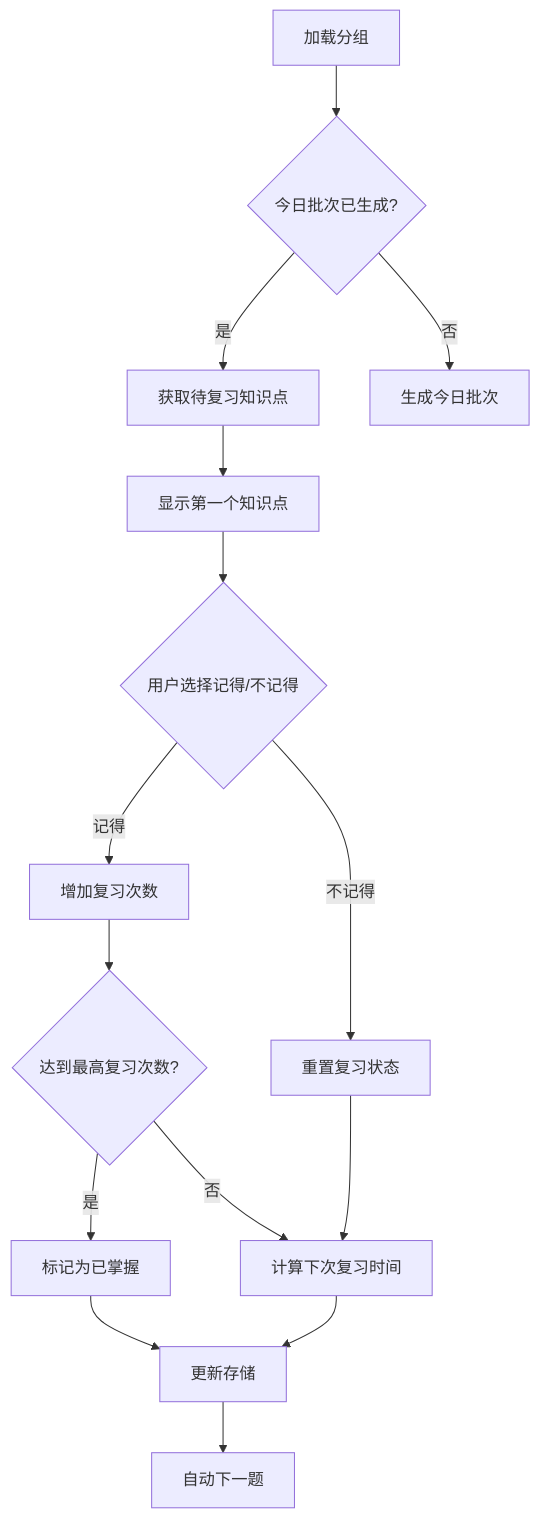
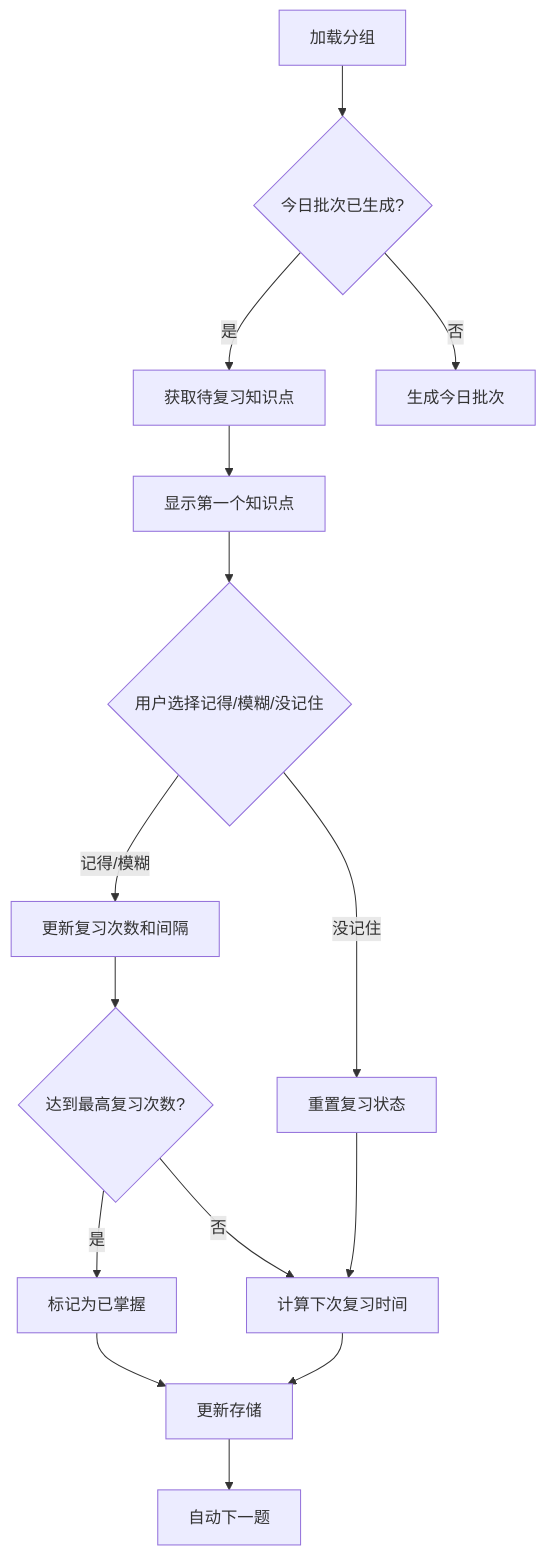
The second of 3 diagrams in README.md (ziwend/ReviewMaster), drawn with Mermaid before and after one commit. The commit also changed other lines of this file and 13 other files, not shown here.

````diff
--- a/README.md
+++ b/README.md
@@ -133,17 +89,17 @@
 ```mermaid
 graph TD
     A[加载分组] --> B{今日批次已生成?}
     B -->|是| C[获取待复习知识点]
     B -->|否| D[生成今日批次]
     C --> E[显示第一个知识点]
-    E --> F{用户选择记得/不记得}
-    F -->|记得| G[增加复习次数]
-    F -->|不记得| H[重置复习状态]
+    E --> F{用户选择记得/模糊/没记住}
+    F -->|记得/模糊| G[更新复习次数和间隔]
+    F -->|没记住| H[重置复习状态]
     G --> I{达到最高复习次数?}
     I -->|是| J[标记为已掌握]
     I -->|否| K[计算下次复习时间]
     H --> K
     J --> L[更新存储]
     K --> L
     L --> M[自动下一题]
 ```
````
